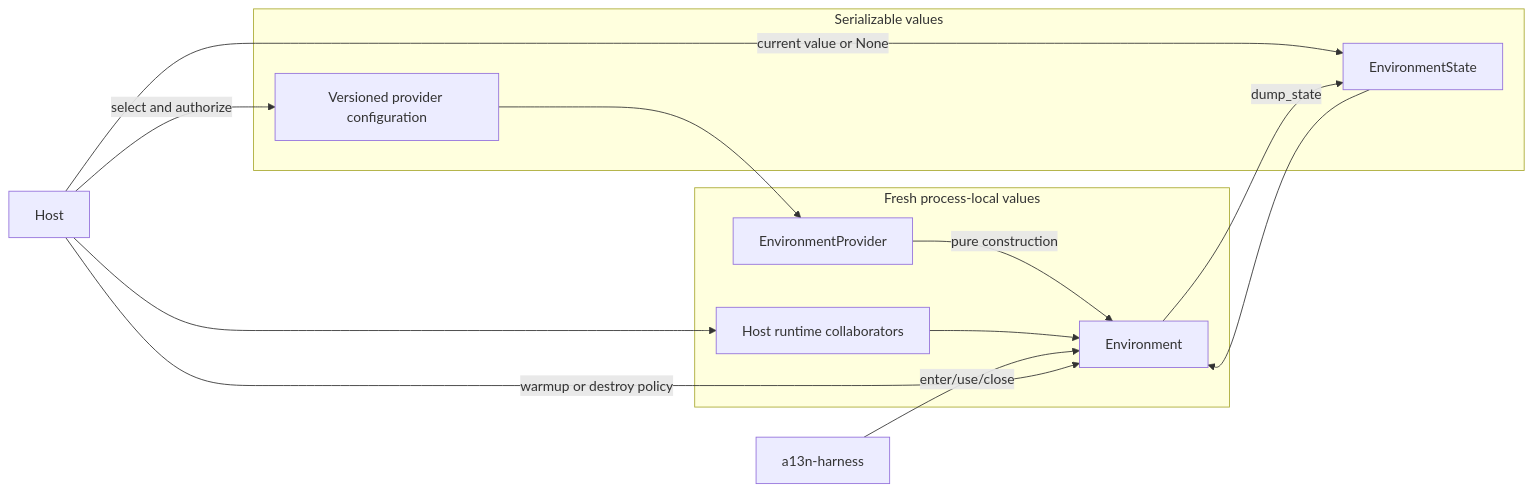
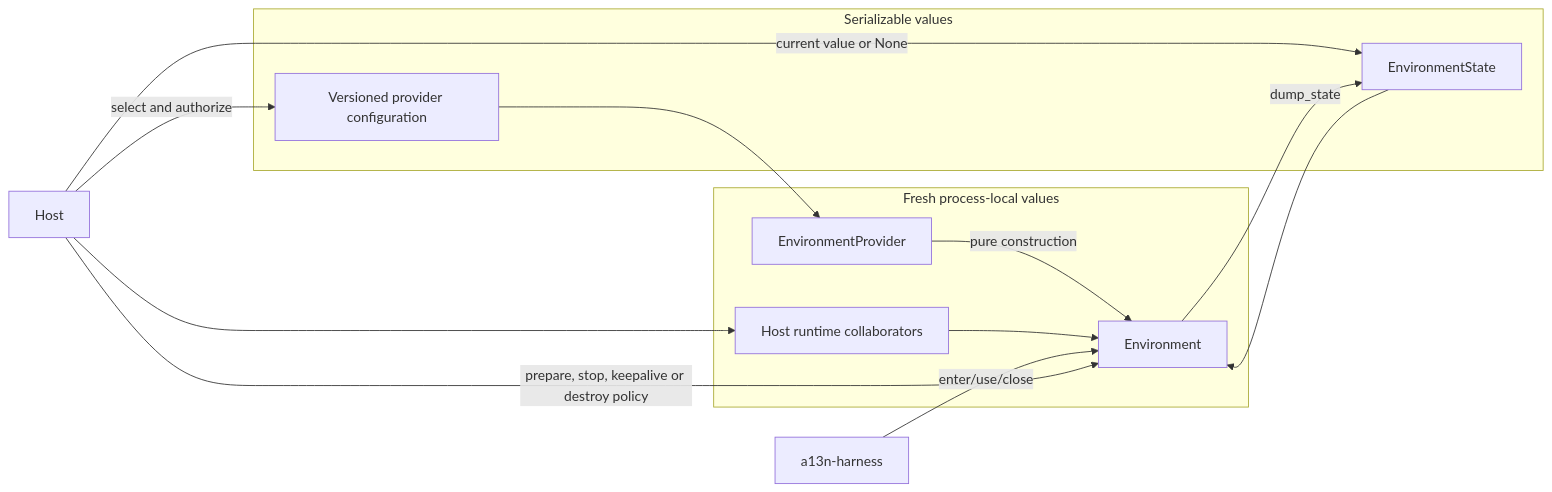
Before and after one commit to LTThreeComma/agent-foundation: the first of 3 diagrams in spec/agent-environment-provider/00-overview.md, drawn with Mermaid. The commit also changed other lines of this file and 33 other files, not shown here.

````diff
--- a/spec/agent-environment-provider/00-overview.md
+++ b/spec/agent-environment-provider/00-overview.md
@@ -17,24 +17,24 @@
 ```mermaid
 flowchart LR
     subgraph Durable[Serializable values]
         Config[Versioned provider configuration]
         State[EnvironmentState]
     end
 
     subgraph Process[Fresh process-local values]
         Runtime[Host runtime collaborators]
         Provider[EnvironmentProvider]
         Environment[Environment]
     end
 
     Host[Host] -->|select and authorize| Config
     Host -->|current value or None| State
     Host --> Runtime
     Config --> Provider
     Provider -->|pure construction| Environment
     State --> Environment
     Runtime --> Environment
     Environment -->|dump_state| State
     Harness[a13n-harness] -->|enter/use/close| Environment
-    Host -->|warmup or destroy policy| Environment
+    Host -->|prepare, stop, keepalive or destroy policy| Environment
 ```
````
